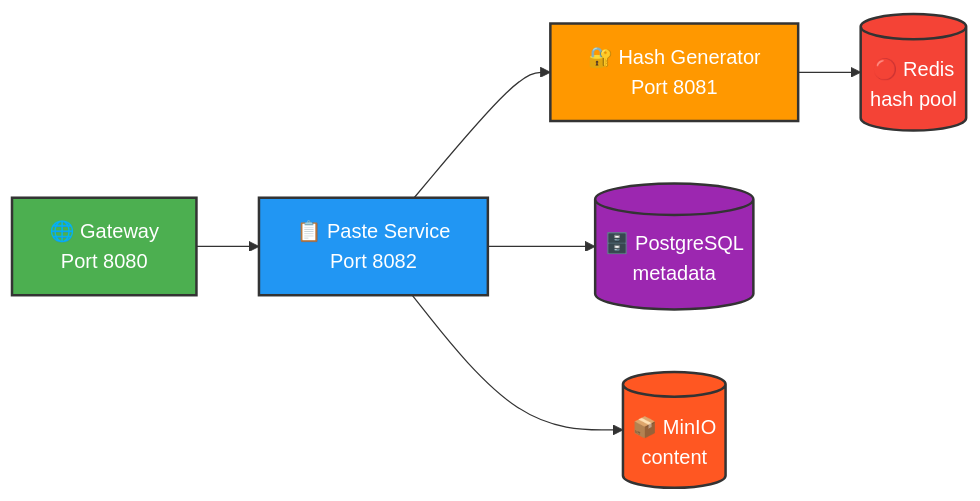
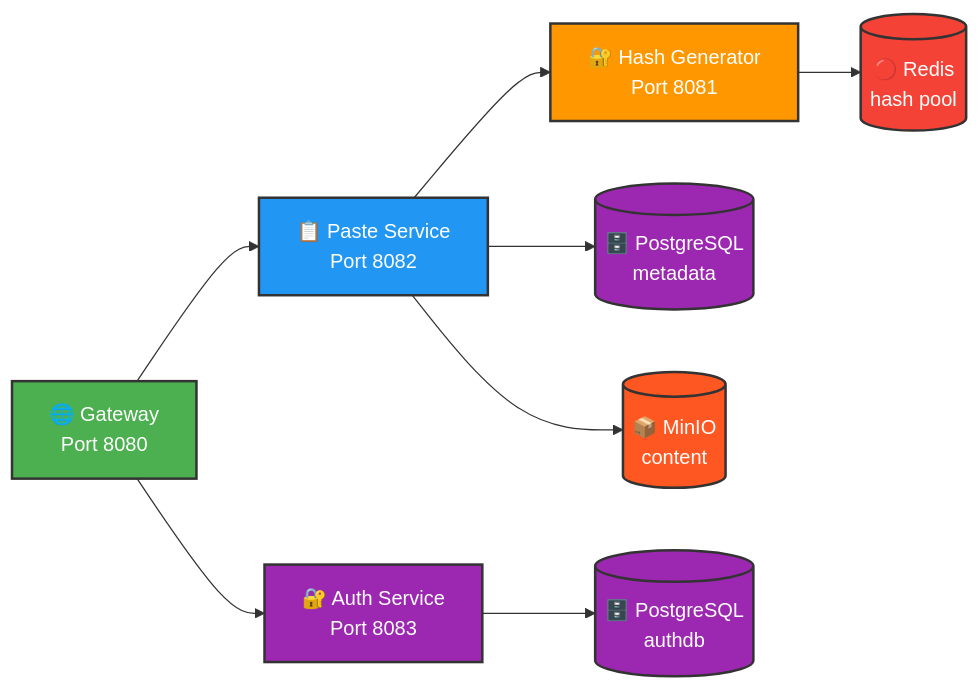
One commit to EternalEffy/wishly-platform changed the diagram in README.md. Above: the diagram before and after it, drawn with Mermaid. The commit also changed other lines of this file, not shown here.

Commit message:
docs: update README for auth-service

````diff
--- a/README.md
+++ b/README.md
@@ -16,15 +16,19 @@
 ```mermaid
 graph LR
     G[🌐 Gateway<br/>Port 8080] --> PS[📋 Paste Service<br/>Port 8082]
+    G --> AS[🔐 Auth Service<br/>Port 8083]
     PS --> HG[🔐 Hash Generator<br/>Port 8081]
     PS --> DB[(🗄️ PostgreSQL<br/>metadata)]
     PS --> MO[(📦 MinIO<br/>content)]
+    AS --> AUTHDB[(🗄️ PostgreSQL<br/>authdb)]
     HG --> RD[(🔴 Redis<br/>hash pool)]
     
     style G fill:#4CAF50,stroke:#333,stroke-width:2px,color:white
     style PS fill:#2196F3,stroke:#333,stroke-width:2px,color:white
     style HG fill:#FF9800,stroke:#333,stroke-width:2px,color:white
+    style AS fill:#9C27B0,stroke:#333,stroke-width:2px,color:white
+    style AUTHDB fill:#9C27B0,stroke:#333,stroke-width:2px,color:white
     style DB fill:#9C27B0,stroke:#333,stroke-width:2px,color:white
     style MO fill:#FF5722,stroke:#333,stroke-width:2px,color:white
     style RD fill:#F44336,stroke:#333,stroke-width:2px,color:white
 ```
````
